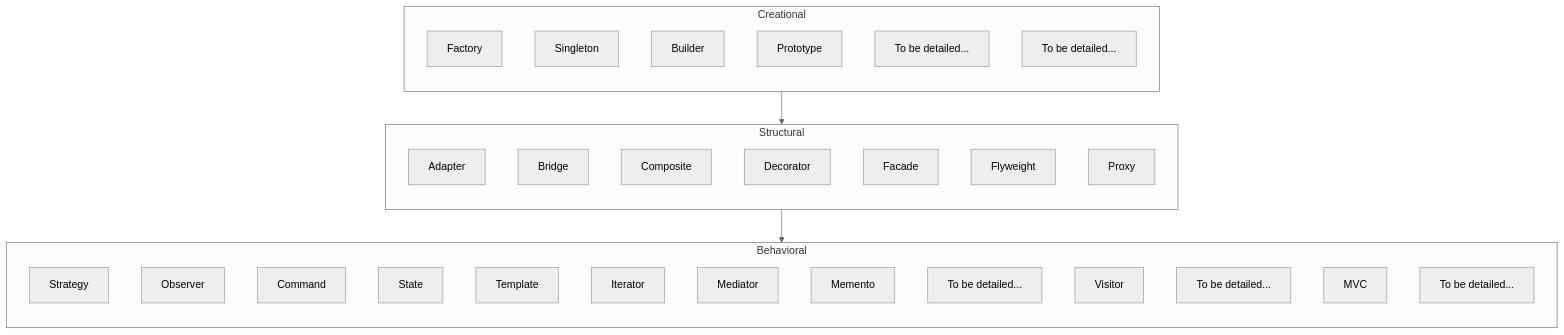
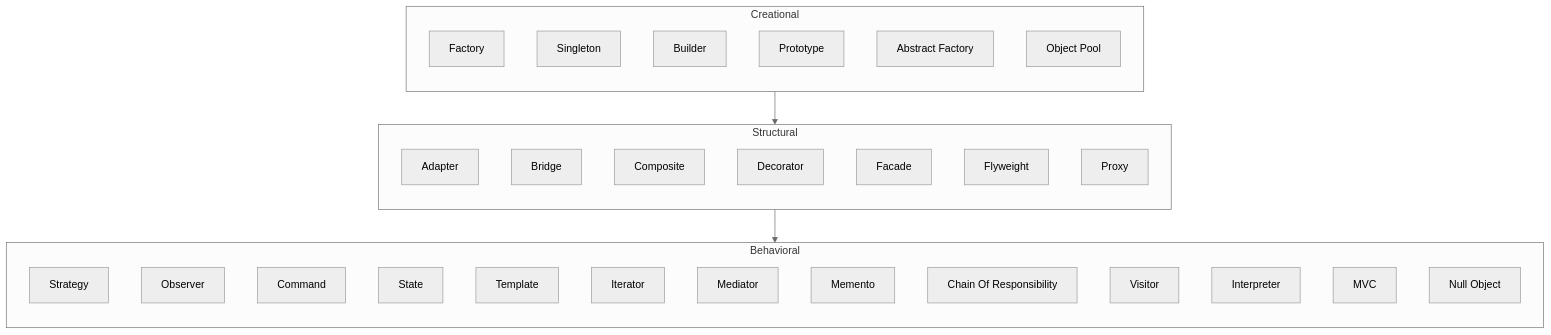
One commit to Ankur-glitchtracer/docs changed the diagram in design_patterns/ROADMAP.md. Above: the diagram before and after it, drawn with Mermaid (neutral theme). The commit also changed 1 other file, not shown here.

Commit message:
Update design patterns and DSA roadmaps with specific topics

````diff
--- a/design_patterns/ROADMAP.md
+++ b/design_patterns/ROADMAP.md
@@ -5,44 +5,44 @@
 ```mermaid
 flowchart TD
 
 subgraph Creational
     direction TB
     C1[Factory]
     C2[Singleton]
     C3[Builder]
     C4[Prototype]
-    C5[To be detailed...]
-    C6[To be detailed...]
+    C5[Abstract Factory]
+    C6[Object Pool]
 end
 
 subgraph Structural
     direction TB
     S1[Adapter]
     S2[Bridge]
     S3[Composite]
     S4[Decorator]
     S5[Facade]
     S6[Flyweight]
     S7[Proxy]
 end
 
 subgraph Behavioral
     direction TB
     B1[Strategy]
     B2[Observer]
     B3[Command]
     B4[State]
     B5[Template]
     B6[Iterator]
     B7[Mediator]
     B8[Memento]
-    B9[To be detailed...]
+    B9[Chain Of Responsibility]
     B10[Visitor]
-    B11[To be detailed...]
+    B11[Interpreter]
     B12[MVC]
-    B13[To be detailed...]
+    B13[Null Object]
 end
 
 Creational --> Structural
 Structural --> Behavioral
 ```
````
